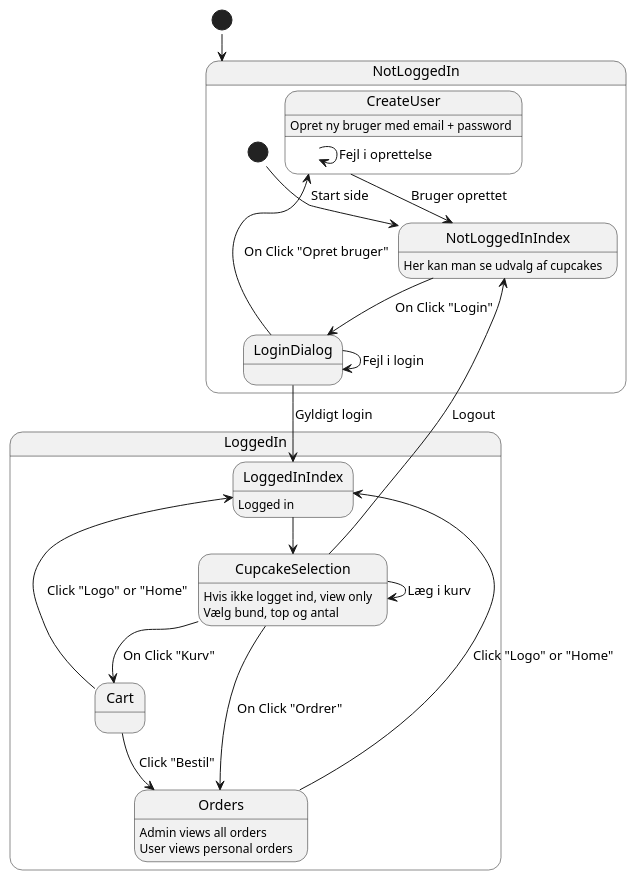
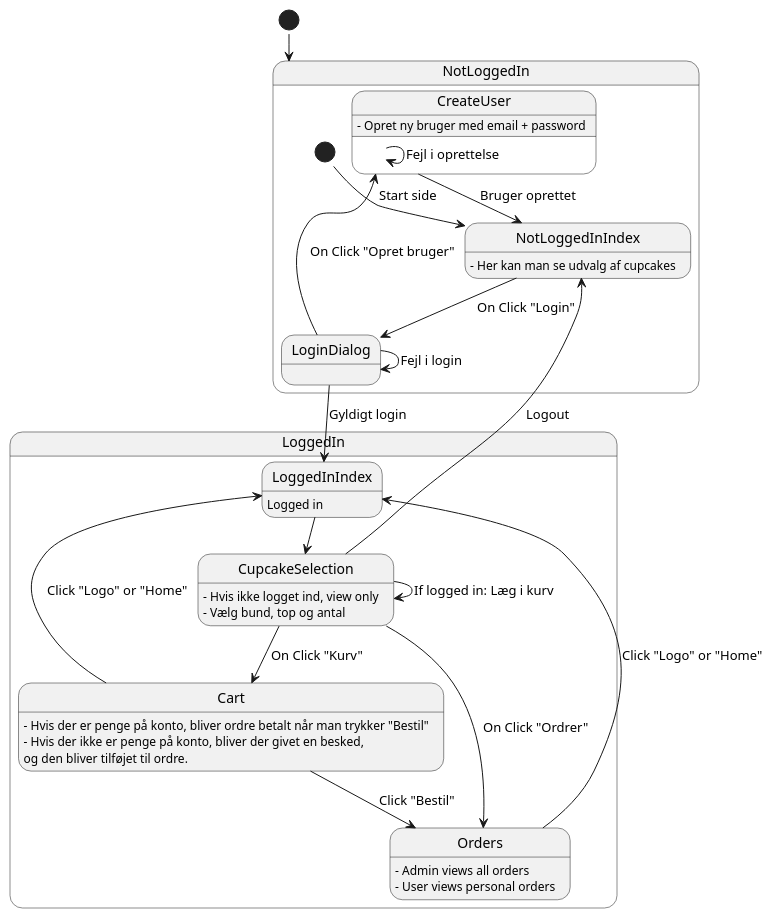
The diagram in Docs/StateMachine.puml (MojoOno/Cupcake), drawn with PlantUML before and after one commit.

Commit message:
Lavede små ændringer

```diff
--- a/Docs/StateMachine.puml
+++ b/Docs/StateMachine.puml
@@ -1,42 +1,45 @@
 @startuml
 !pragma layout smetana
 top to bottom direction
 
 [*] --> NotLoggedIn
 
 state NotLoggedIn {
     [*] --> NotLoggedInIndex : Start side
-    NotLoggedInIndex : Her kan man se udvalg af cupcakes
+    NotLoggedInIndex : - Her kan man se udvalg af cupcakes
 
     NotLoggedInIndex --> LoginDialog : On Click "Login"
     LoginDialog --> LoginDialog : Fejl i login
     LoginDialog --> CreateUser : On Click "Opret bruger"
 
     state CreateUser {
-        CreateUser : Opret ny bruger med email + password
+        CreateUser : - Opret ny bruger med email + password
         CreateUser --> CreateUser : Fejl i oprettelse
         CreateUser --> NotLoggedInIndex : Bruger oprettet
     }
 }
 
 state LoggedIn {
     LoggedInIndex : Logged in
     LoginDialog --> LoggedInIndex : Gyldigt login
-    CupcakeSelection : Hvis ikke logget ind, view only
-    CupcakeSelection: Vælg bund, top og antal
+    CupcakeSelection : - Hvis ikke logget ind, view only
+    CupcakeSelection: - Vælg bund, top og antal
     LoggedInIndex --> CupcakeSelection
-    CupcakeSelection --> CupcakeSelection : Læg i kurv
+    CupcakeSelection --> CupcakeSelection : If logged in: Læg i kurv
     CupcakeSelection --> Cart : On Click "Kurv"
     CupcakeSelection --> Orders : On Click "Ordrer"
     CupcakeSelection --> NotLoggedInIndex : Logout
 
     Cart --> LoggedInIndex : Click "Logo" or "Home"
     Cart --> Orders : Click "Bestil"
+    Cart: - Hvis der er penge på konto, bliver ordre betalt når man trykker "Bestil"
+    Cart: - Hvis der ikke er penge på konto, bliver der givet en besked,
+    Cart: og den bliver tilføjet til ordre.
 
 
-        Orders : Admin views all orders
-        Orders : User views personal orders
+        Orders : - Admin views all orders
+        Orders : - User views personal orders
         Orders --> LoggedInIndex : Click "Logo" or "Home"
 
 }
 @enduml
```
